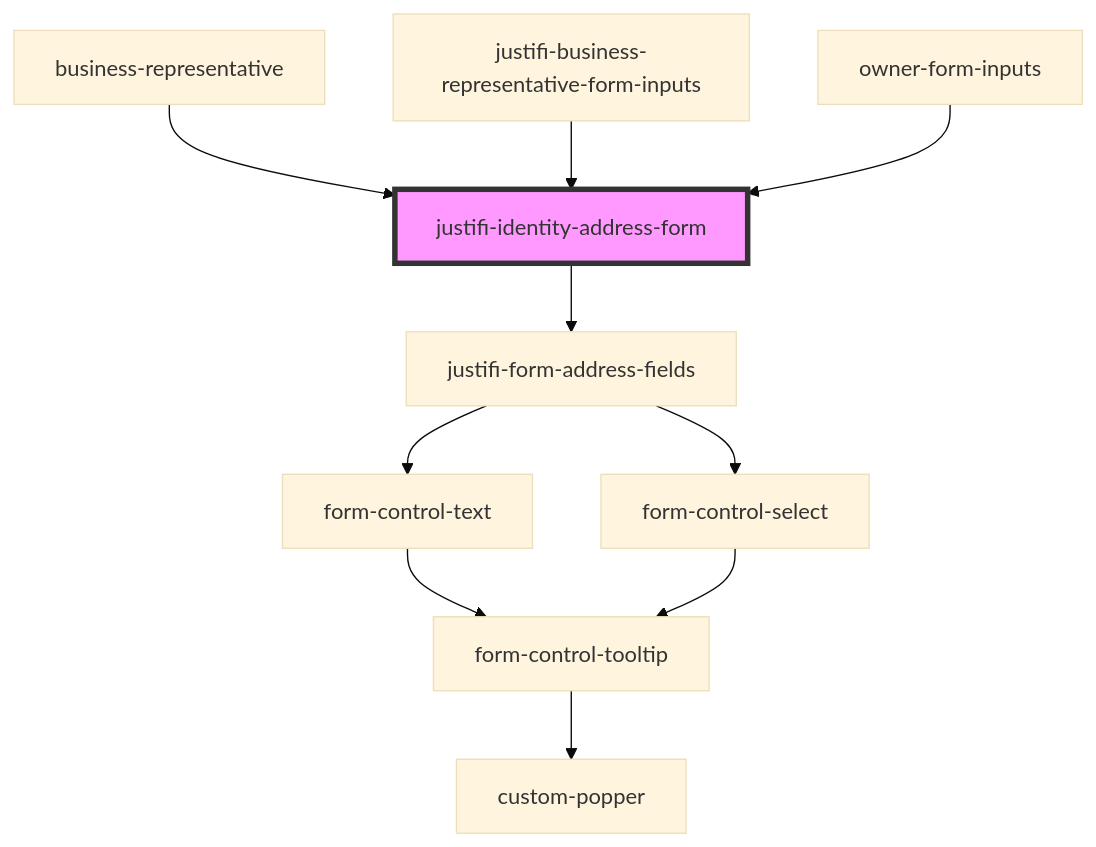
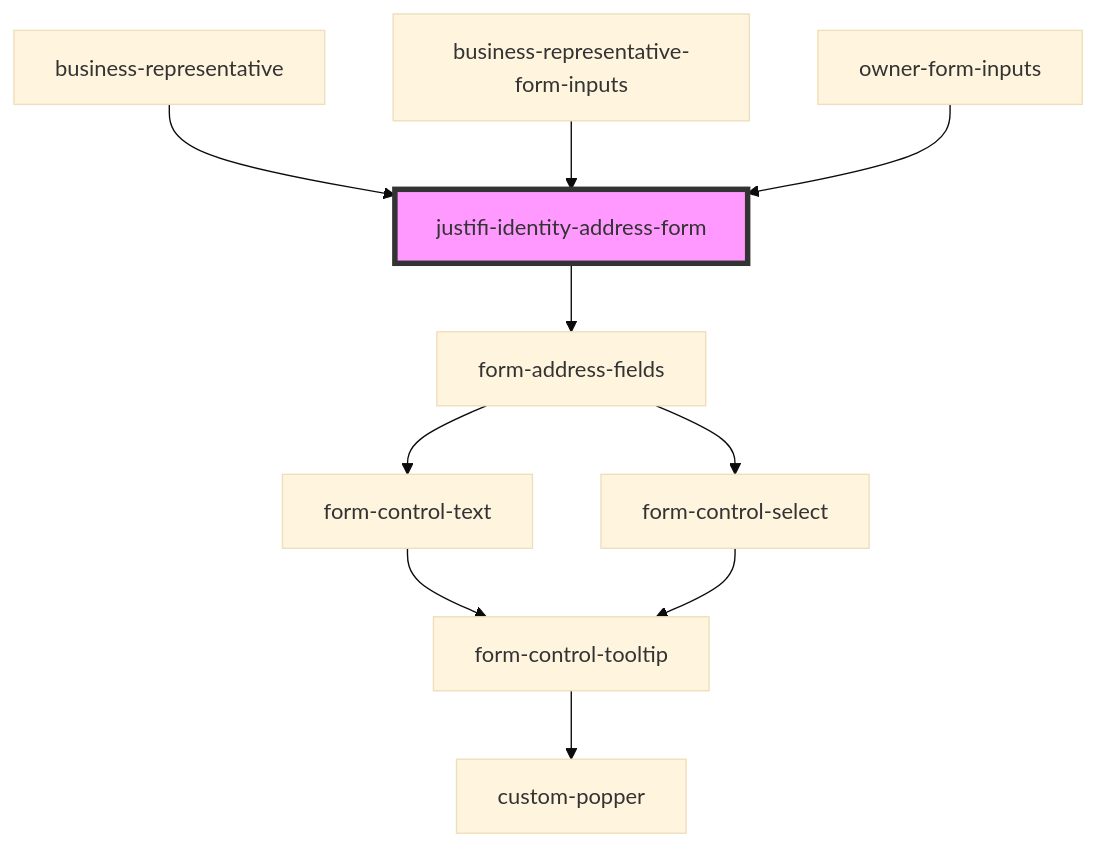
Before and after one commit to justifi-tech/web-component-library: the diagram in packages/webcomponents/src/components/business-forms/owner-form/identity-address/readme.md, drawn with Mermaid (base theme). The commit also changed other lines of this file and 36 other files, not shown here.

````diff
--- a/packages/webcomponents/src/components/business-forms/owner-form/identity-address/readme.md
+++ b/packages/webcomponents/src/components/business-forms/owner-form/identity-address/readme.md
@@ -31,13 +31,13 @@
 ```mermaid
 graph TD;
-  justifi-identity-address-form --> justifi-form-address-fields
-  justifi-form-address-fields --> form-control-text
-  justifi-form-address-fields --> form-control-select
+  justifi-identity-address-form --> form-address-fields
+  form-address-fields --> form-control-text
+  form-address-fields --> form-control-select
   form-control-text --> form-control-tooltip
   form-control-tooltip --> custom-popper
   form-control-select --> form-control-tooltip
   business-representative --> justifi-identity-address-form
-  justifi-business-representative-form-inputs --> justifi-identity-address-form
+  business-representative-form-inputs --> justifi-identity-address-form
   owner-form-inputs --> justifi-identity-address-form
   style justifi-identity-address-form fill:#f9f,stroke:#333,stroke-width:4px
 ```
````
